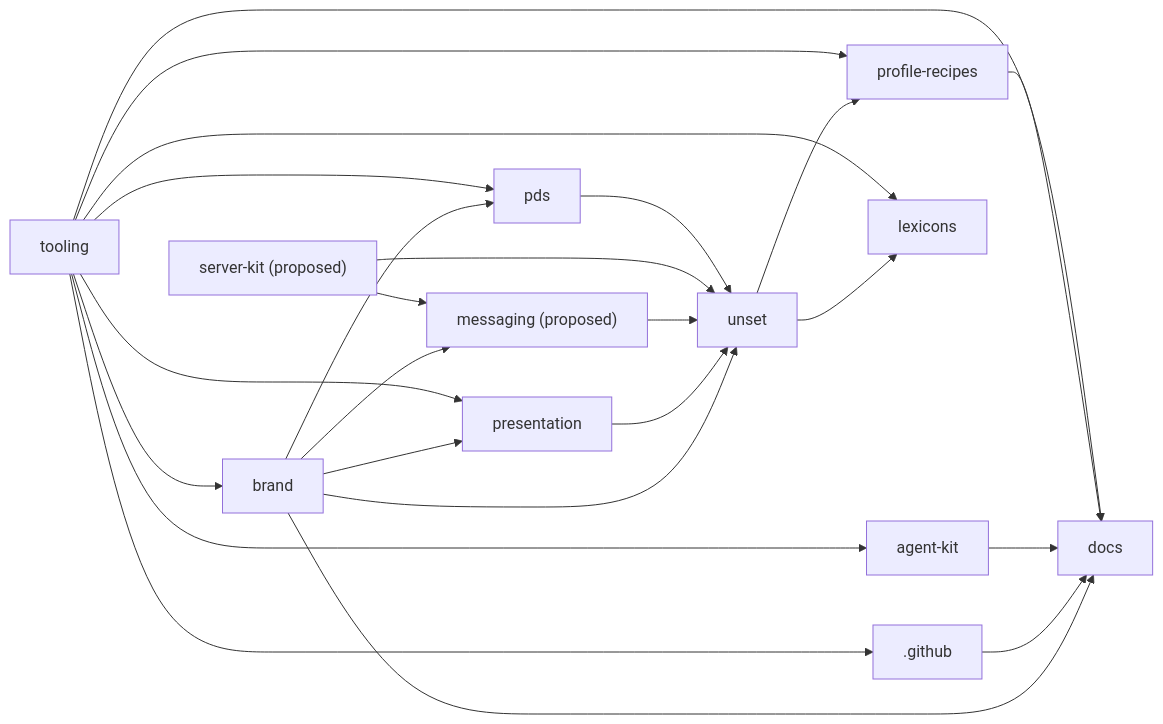
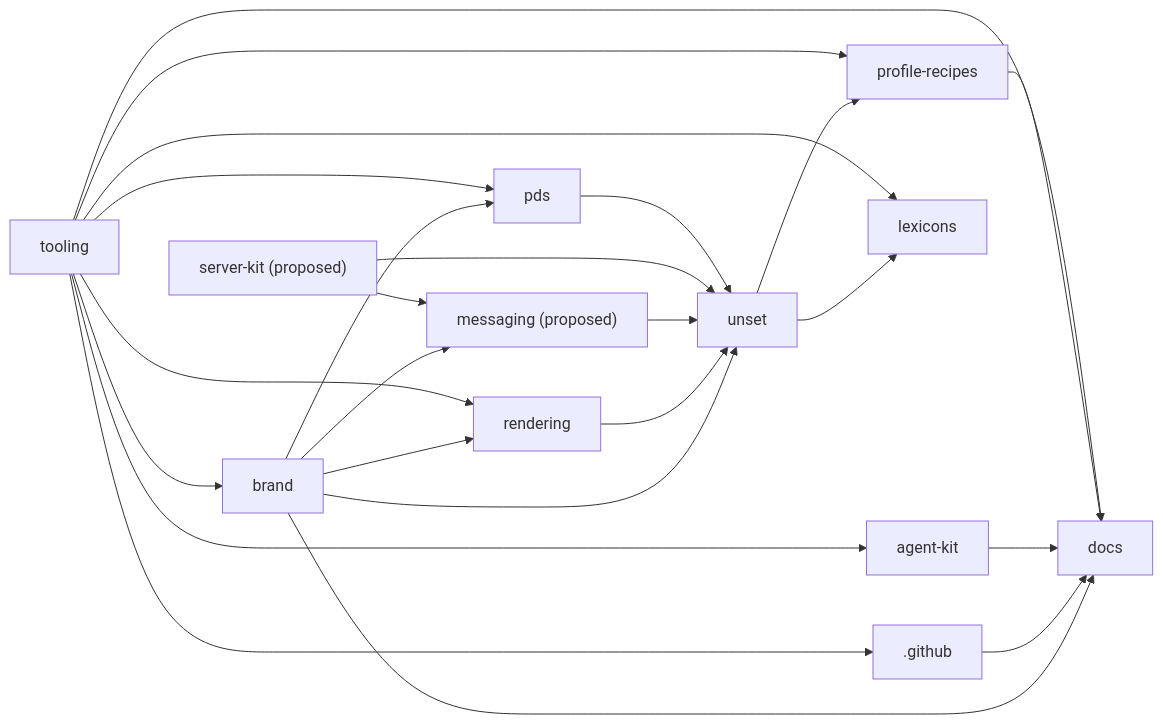
The diagram in MAP.md (unset-sh/.github), drawn with Mermaid before and after one commit. The commit also changed other lines of this file and 5 other files, not shown here.

````diff
--- a/MAP.md
+++ b/MAP.md
@@ -32,38 +32,38 @@
 ```mermaid
 flowchart LR
   r_unset["unset"]
   r__github[".github"]
   r_tooling["tooling"]
   r_brand["brand"]
-  r_presentation["presentation"]
+  r_rendering["rendering"]
   r_profile_recipes["profile-recipes"]
   r_docs["docs"]
   r_pds["pds"]
   r_lexicons["lexicons"]
   r_messaging["messaging (proposed)"]
   r_server_kit["server-kit (proposed)"]
   r_agent_kit["agent-kit"]
   r_brand --> r_unset
-  r_presentation --> r_unset
+  r_rendering --> r_unset
   r_messaging --> r_unset
   r_server_kit --> r_unset
   r_pds --> r_unset
   r_tooling --> r__github
   r_tooling --> r_brand
-  r_brand --> r_presentation
-  r_tooling --> r_presentation
+  r_brand --> r_rendering
+  r_tooling --> r_rendering
   r_unset --> r_profile_recipes
   r_tooling --> r_profile_recipes
   r_brand --> r_docs
   r__github --> r_docs
   r_agent_kit --> r_docs
   r_profile_recipes --> r_docs
   r_tooling --> r_docs
   r_brand --> r_pds
   r_tooling --> r_pds
   r_unset --> r_lexicons
   r_tooling --> r_lexicons
   r_brand --> r_messaging
   r_server_kit --> r_messaging
   r_tooling --> r_agent_kit
 ```
````
